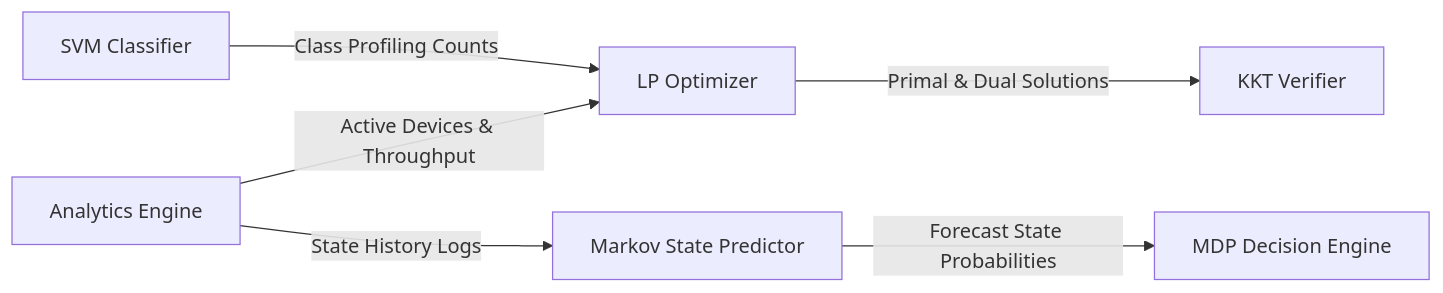
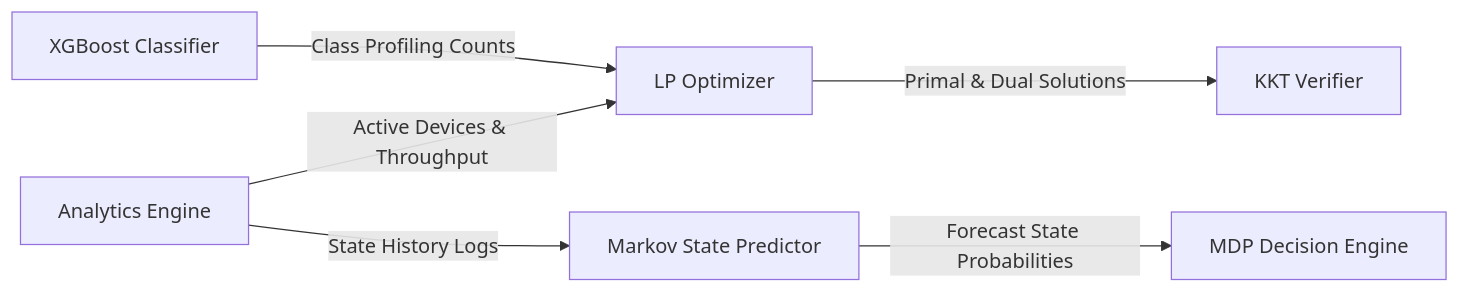
The third of 4 diagrams in docs/IEEE_Report.md (raghuramch028/NetInsight-X), drawn with Mermaid before and after one commit. The commit also changed other lines of this file and 16 other files, not shown here.

Commit message:
fix(phase4): comprehensive remediation of all 20 audit issues across architecture, agents, security, and docs

````diff
--- a/docs/IEEE_Report.md
+++ b/docs/IEEE_Report.md
@@ -104,8 +104,8 @@
 ```mermaid
 flowchart LR
     A[Analytics Engine] -->|Active Devices & Throughput| O[LP Optimizer]
     A -->|State History Logs| P[Markov State Predictor]
     P -->|Forecast State Probabilities| M[MDP Decision Engine]
-    C[SVM Classifier] -->|Class Profiling Counts| O
+    C[XGBoost Classifier] -->|Class Profiling Counts| O
     O -->|Primal & Dual Solutions| K[KKT Verifier]
 ```
````
